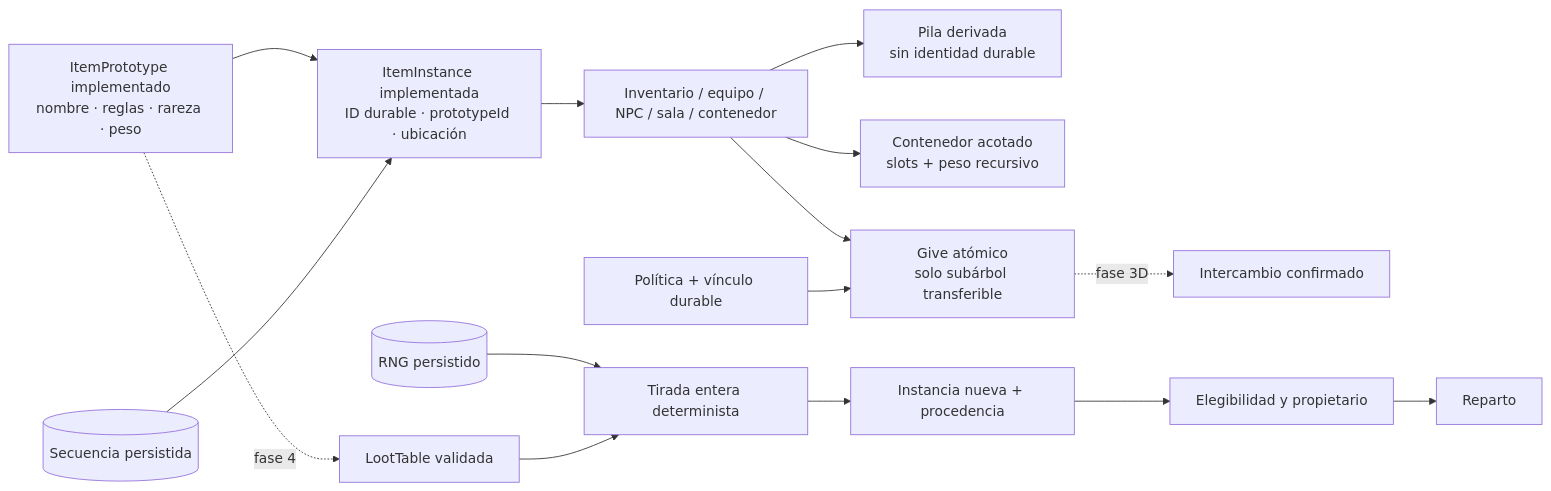
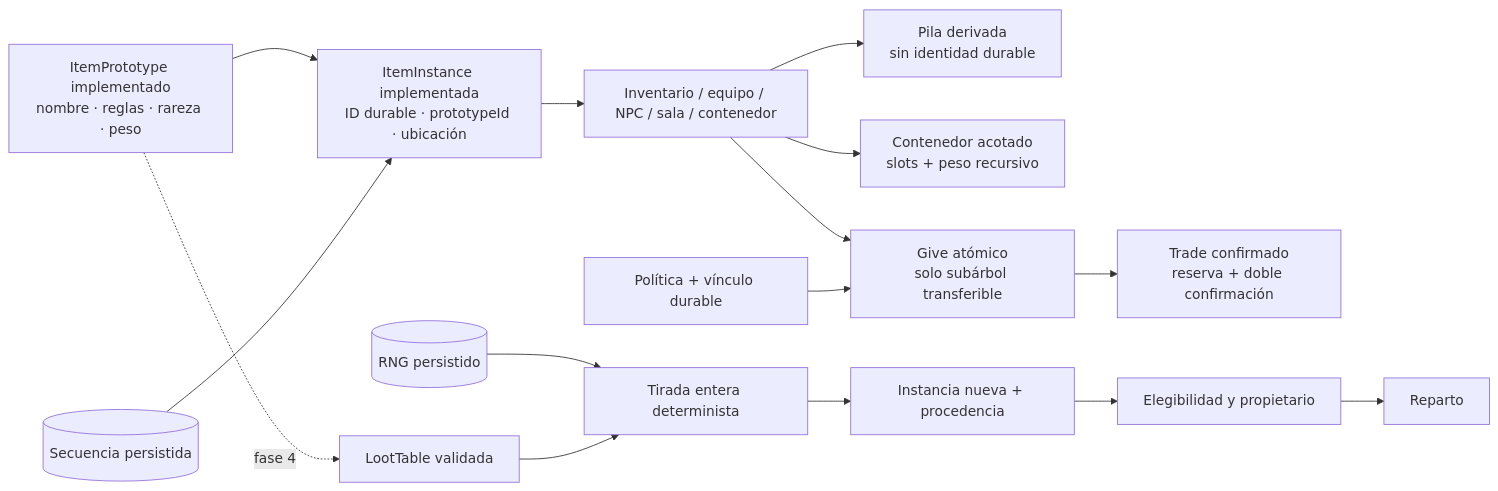
The third of 3 diagrams in docs/design/social-staff-and-loot-roadmap.md (hyukudan/tiamud), drawn with Mermaid before and after one commit. The commit also changed other lines of this file and 30 other files, not shown here.

````diff
--- a/docs/design/social-staff-and-loot-roadmap.md
+++ b/docs/design/social-staff-and-loot-roadmap.md
@@ -371,21 +386,21 @@
 ```mermaid
 flowchart LR
     accTitle: Inventario implementado y ampliaciones de transferencia y botín
-    accDescr: Cada unidad conserva identidad durable; pilas, contenedores, políticas y entrega directa ya son autoritativos. Intercambio bilateral, derechos y tablas siguen como fases posteriores.
+    accDescr: Cada unidad conserva identidad durable; pilas, contenedores, políticas, entrega directa y trade confirmado ya son autoritativos. Derechos y tablas siguen como fases posteriores.
 
     Prototype[ItemPrototype implementado<br/>nombre · reglas · rareza · peso] --> Instance[ItemInstance implementada<br/>ID durable · prototypeId · ubicación]
     Sequence[(Secuencia persistida)] --> Instance
     Instance --> Current[Inventario / equipo / NPC / sala / contenedor]
     Current --> Stack[Pila derivada<br/>sin identidad durable]
     Current --> Container[Contenedor acotado<br/>slots + peso recursivo]
     Current --> Give[Give atómico<br/>solo subárbol transferible]
     Policy[Política + vínculo durable] --> Give
-    Give -. fase 3D .-> Trade[Intercambio confirmado]
+    Give --> Trade[Trade confirmado<br/>reserva + doble confirmación]
 
     Prototype -. fase 4 .-> Table[LootTable validada]
     RNG[(RNG persistido)] --> Roll[Tirada entera determinista]
     Table --> Roll
     Roll --> Generated[Instancia nueva + procedencia]
     Generated --> Rights[Elegibilidad y propietario]
     Rights --> Future[Reparto]
 ```
````
